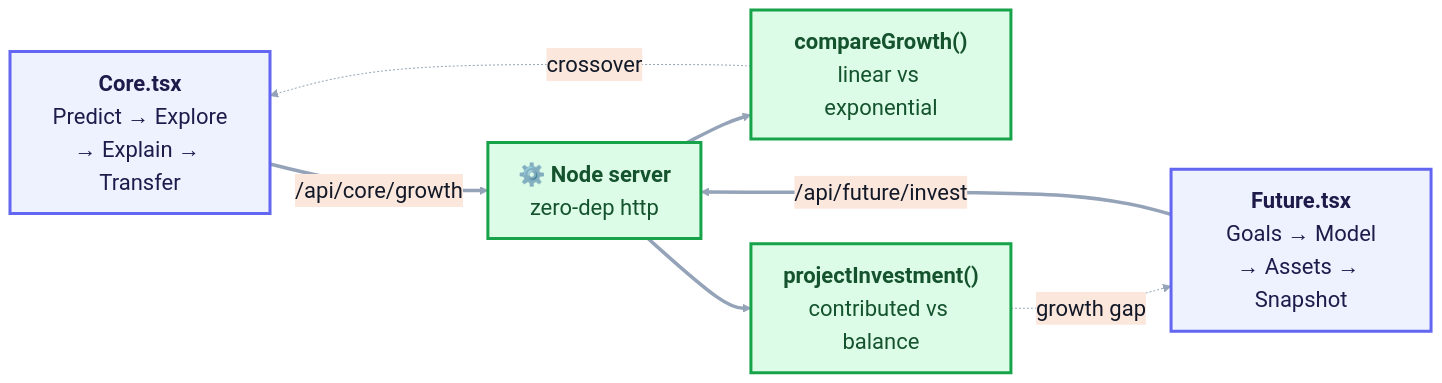
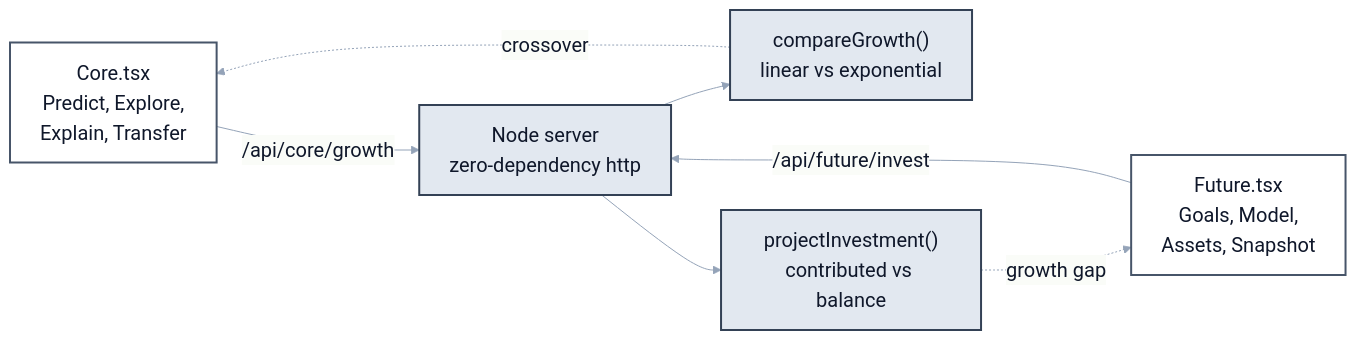
One commit to rsusarla3/prism changed the third of 3 diagrams in README.md. Above: the diagram before and after it, drawn with Mermaid. The commit also changed other lines of this file and 1 other file, not shown here.

````diff
--- a/README.md
+++ b/README.md
@@ -85,21 +83,21 @@
 ```mermaid
-%%{init: {'theme':'base','themeVariables':{'fontSize':'22px','fontFamily':'system-ui, sans-serif','primaryColor':'#dcfce7','primaryTextColor':'#111827','primaryBorderColor':'#16a34a','lineColor':'#94a3b8'}}}%%
+%%{init: {'theme':'base','themeVariables':{'fontSize':'20px','fontFamily':'system-ui, sans-serif','primaryColor':'#f8fafc','primaryTextColor':'#0f172a','primaryBorderColor':'#475569','lineColor':'#94a3b8'}}}%%
 flowchart LR
-    CORE["<b>Core.tsx</b><br/>Predict → Explore<br/>→ Explain → Transfer"]
-    FUT["<b>Future.tsx</b><br/>Goals → Model<br/>→ Assets → Snapshot"]
-    SRV["⚙️ <b>Node server</b><br/>zero-dep http"]
-    GROW["<b>compareGrowth()</b><br/>linear vs exponential"]
-    INV["<b>projectInvestment()</b><br/>contributed vs balance"]
+    CORE["Core.tsx<br/>Predict, Explore,<br/>Explain, Transfer"]
+    FUT["Future.tsx<br/>Goals, Model,<br/>Assets, Snapshot"]
+    SRV["Node server<br/>zero-dependency http"]
+    GROW["compareGrowth()<br/>linear vs exponential"]
+    INV["projectInvestment()<br/>contributed vs balance"]
 
-    CORE ==>|"/api/core/growth"| SRV
-    FUT ==>|"/api/future/invest"| SRV
-    SRV ==> GROW
-    SRV ==> INV
+    CORE -->|"/api/core/growth"| SRV
+    FUT -->|"/api/future/invest"| SRV
+    SRV --> GROW
+    SRV --> INV
     GROW -.->|crossover| CORE
     INV -.->|growth gap| FUT
 
-    classDef ui fill:#eef2ff,stroke:#6366f1,stroke-width:3px,color:#1e1b4b;
-    classDef eng fill:#dcfce7,stroke:#16a34a,stroke-width:3px,color:#14532d;
+    classDef ui fill:#ffffff,stroke:#475569,stroke-width:2px,color:#0f172a;
+    classDef eng fill:#e2e8f0,stroke:#334155,stroke-width:2px,color:#0f172a;
     class CORE,FUT ui;
     class SRV,GROW,INV eng;
 ```
````
